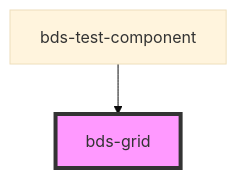
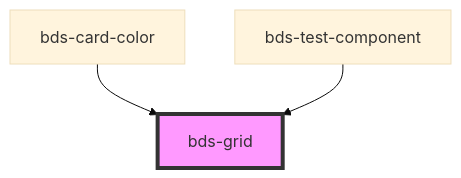
The diagram in src/components/grid/readme.md (takenet/blip-ds), drawn with Mermaid (base theme) before and after one commit. The commit also changed other lines of this file and 93 other files, not shown here.

````diff
--- a/src/components/grid/readme.md
+++ b/src/components/grid/readme.md
@@ -43,5 +44,6 @@
 ```mermaid
 graph TD;
+  bds-card-color --> bds-grid
   bds-test-component --> bds-grid
   style bds-grid fill:#f9f,stroke:#333,stroke-width:4px
 ```
````
